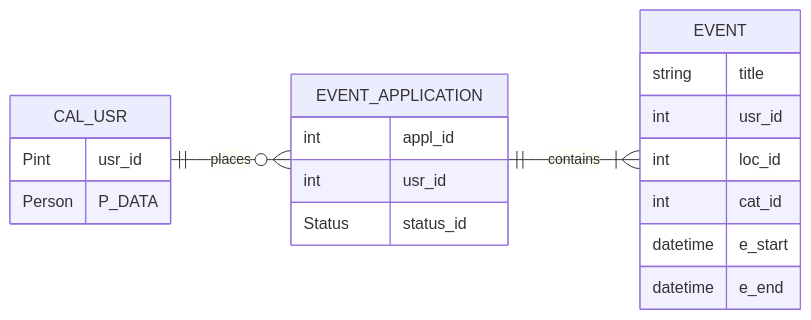
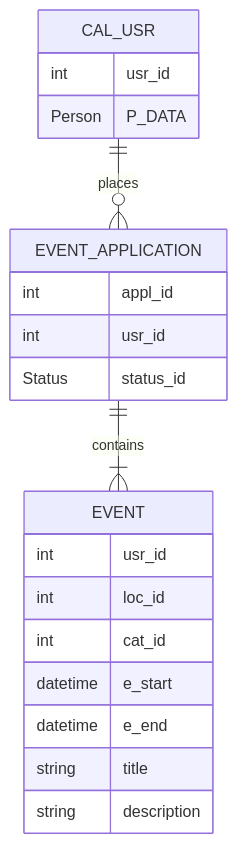
One commit to SchrodtSven/sqlearn changed the diagram in _apps/calendar/doq/README.md. Above: the diagram before and after it, drawn with Mermaid. The commit also changed other lines of this file and 2 other files, not shown here.

````diff
--- a/_apps/calendar/doq/README.md
+++ b/_apps/calendar/doq/README.md
@@ -11,26 +4,31 @@
 ```mermaid
+---
+    config:
+        layout: elk
+---
 erDiagram
-    direction LR
+
     CAL_USR ||--o{ EVENT_APPLICATION : places
     CAL_USR {
-        Pint usr_id
+        int usr_id
         Person P_DATA
         
     }
     EVENT_APPLICATION ||--|{ EVENT : contains
     EVENT_APPLICATION {
         int appl_id
         int usr_id
         Status  status_id
     }
     EVENT {
-        string title
+        
         int usr_id
         int loc_id
         int cat_id
         datetime e_start
         datetime e_end
+        string title
+        string description
     }
 
-
-```
+ ```
````
